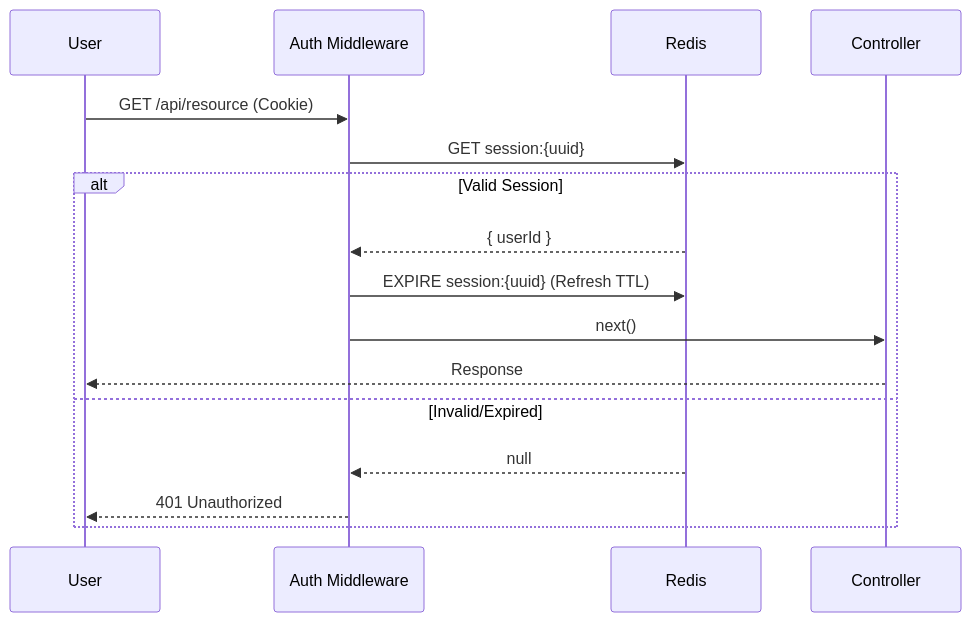
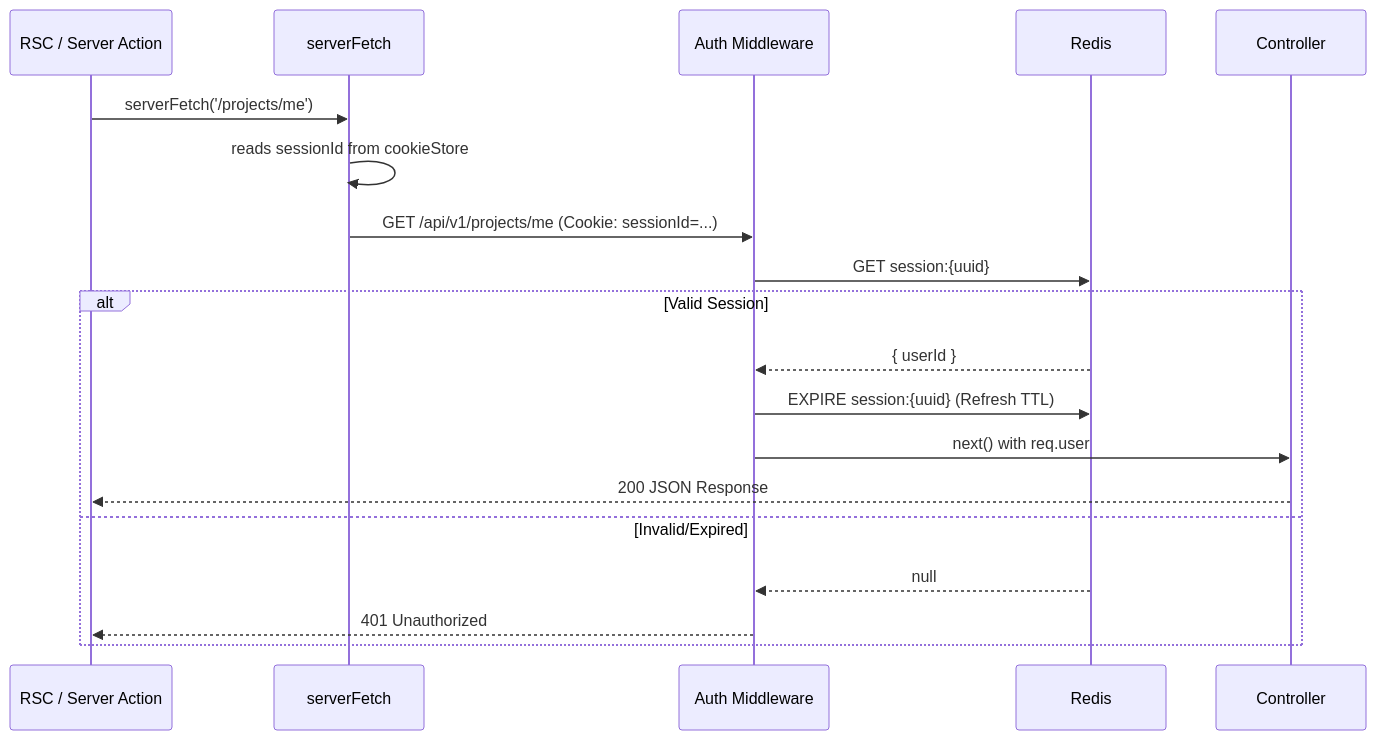
Before and after one commit to siddhantdeval/real-time-task-manager: the second of 2 diagrams in backend/docs/authentication_system.md, drawn with Mermaid. The commit also changed other lines of this file and 4 other files, not shown here.

````diff
--- a/backend/docs/authentication_system.md
+++ b/backend/docs/authentication_system.md
@@ -47,19 +61,22 @@
 ```mermaid
 sequenceDiagram
-    participant user as User
+    participant rsc as RSC / Server Action
+    participant sf as serverFetch
     participant guard as Auth Middleware
     participant redis as Redis
     participant ctrl as Controller
 
-    user->>guard: GET /api/resource (Cookie)
+    rsc->>sf: serverFetch('/projects/me')
+    sf->>sf: reads sessionId from cookieStore
+    sf->>guard: GET /api/v1/projects/me (Cookie: sessionId=...)
     guard->>redis: GET session:{uuid}
     alt Valid Session
         redis-->>guard: { userId }
         guard->>redis: EXPIRE session:{uuid} (Refresh TTL)
-        guard->>ctrl: next()
-        ctrl-->>user: Response
+        guard->>ctrl: next() with req.user
+        ctrl-->>rsc: 200 JSON Response
     else Invalid/Expired
         redis-->>guard: null
-        guard-->>user: 401 Unauthorized
+        guard-->>rsc: 401 Unauthorized
     end
 ```
````
